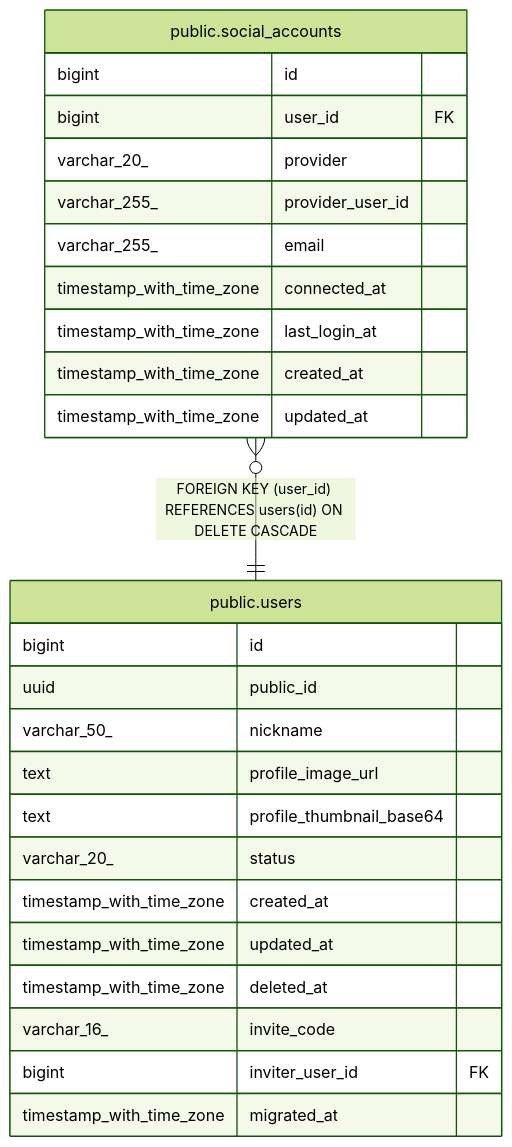
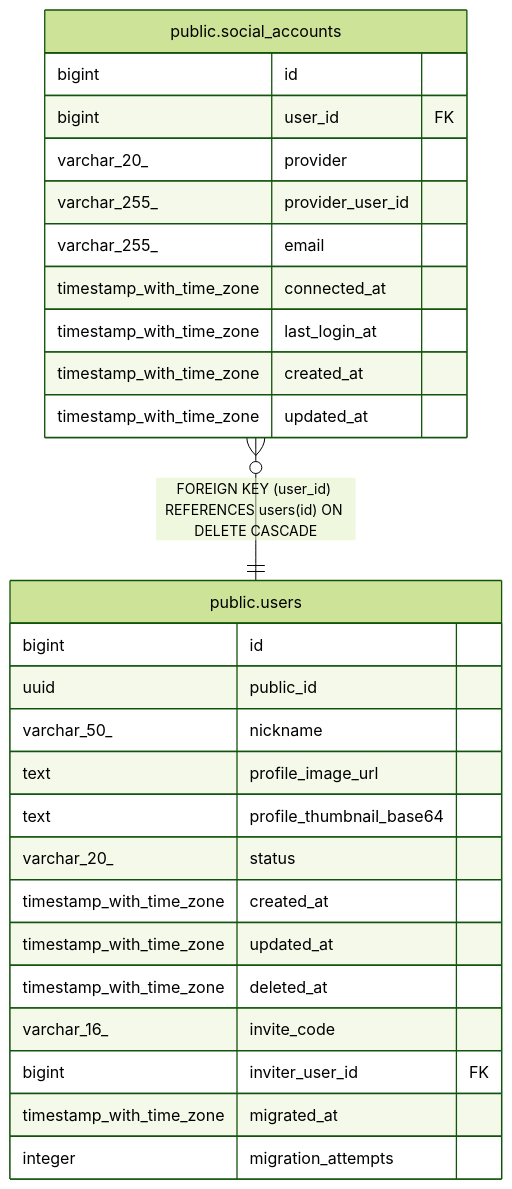
Before and after one commit to KIM-N-KANG/manyak-server: the diagram in dbdoc/public.social_accounts.md, drawn with Mermaid (forest theme). The commit also changed 9 other files, not shown here.

````diff
--- a/dbdoc/public.social_accounts.md
+++ b/dbdoc/public.social_accounts.md
@@ -36,31 +36,32 @@
 ```mermaid
 erDiagram
 
 "public.social_accounts" }o--|| "public.users" : "FOREIGN KEY (user_id) REFERENCES users(id) ON DELETE CASCADE"
 
 "public.social_accounts" {
   bigint id
   bigint user_id FK
   varchar_20_ provider
   varchar_255_ provider_user_id
   varchar_255_ email
   timestamp_with_time_zone connected_at
   timestamp_with_time_zone last_login_at
   timestamp_with_time_zone created_at
   timestamp_with_time_zone updated_at
 }
 "public.users" {
   bigint id
   uuid public_id
   varchar_50_ nickname
   text profile_image_url
   text profile_thumbnail_base64
   varchar_20_ status
   timestamp_with_time_zone created_at
   timestamp_with_time_zone updated_at
   timestamp_with_time_zone deleted_at
   varchar_16_ invite_code
   bigint inviter_user_id FK
   timestamp_with_time_zone migrated_at
+  integer migration_attempts
 }
 ```
````
